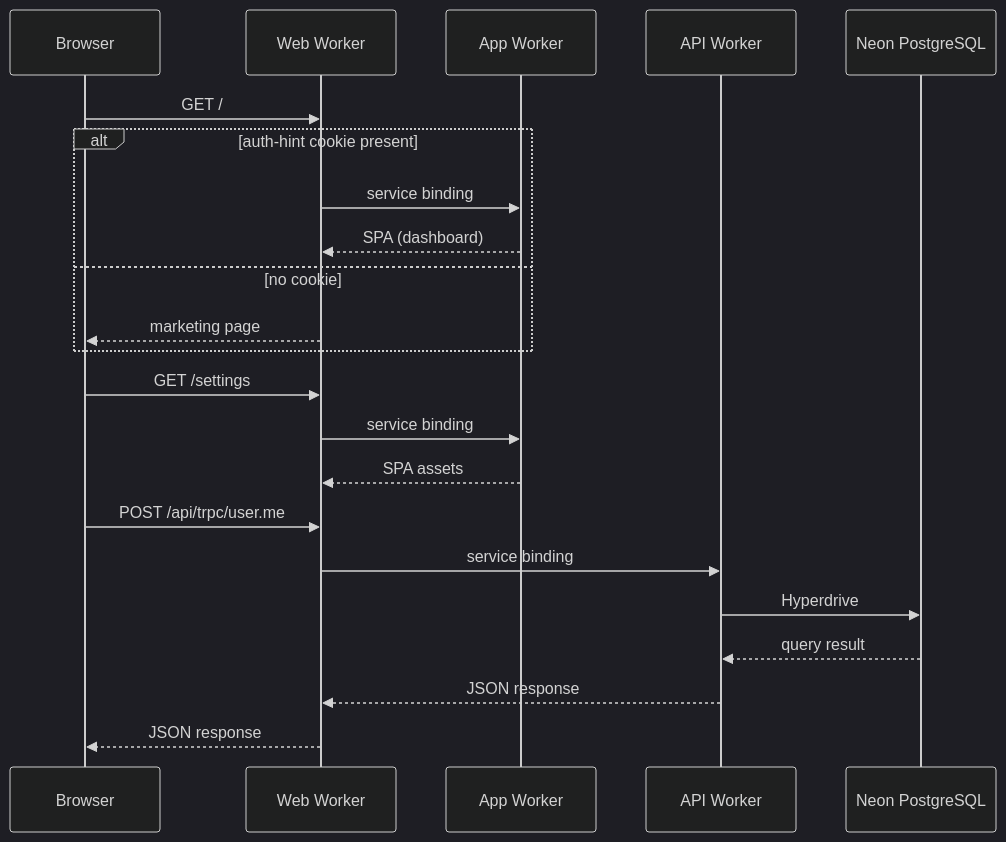
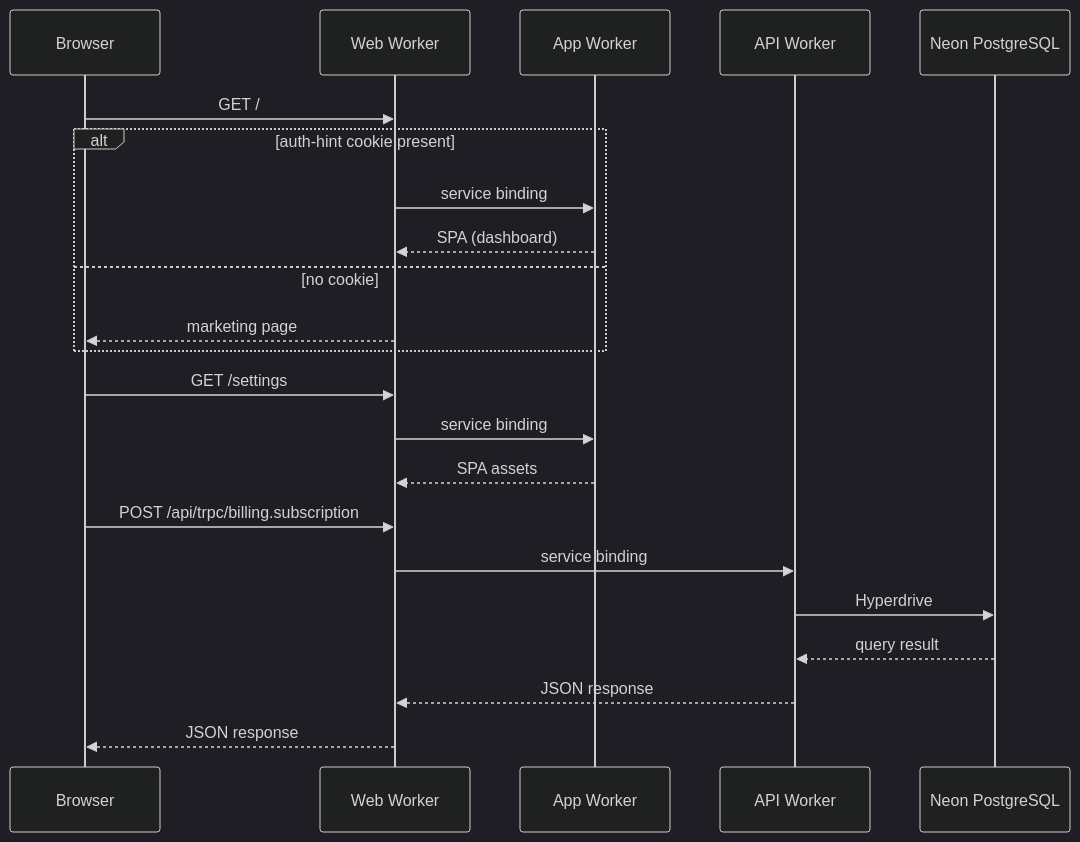
The diagram in architecture.md (kriasoft/react-starter-kit), drawn with Mermaid (dark theme) before and after one commit. The commit also changed other lines of this file and 319 other files, not shown here.

````diff
--- a/architecture.md
+++ b/architecture.md
@@ -10,27 +10,27 @@
 ```mermaid
 sequenceDiagram
     participant Browser
     participant Web as Web Worker
     participant App as App Worker
     participant API as API Worker
     participant DB as Neon PostgreSQL
 
     Browser->>Web: GET /
     alt auth-hint cookie present
         Web->>App: service binding
         App-->>Web: SPA (dashboard)
     else no cookie
         Web-->>Browser: marketing page
     end
 
     Browser->>Web: GET /settings
     Web->>App: service binding
     App-->>Web: SPA assets
 
-    Browser->>Web: POST /api/trpc/user.me
+    Browser->>Web: POST /api/trpc/billing.subscription
     Web->>API: service binding
     API->>DB: Hyperdrive
     DB-->>API: query result
     API-->>Web: JSON response
     Web-->>Browser: JSON response
 ```
````
